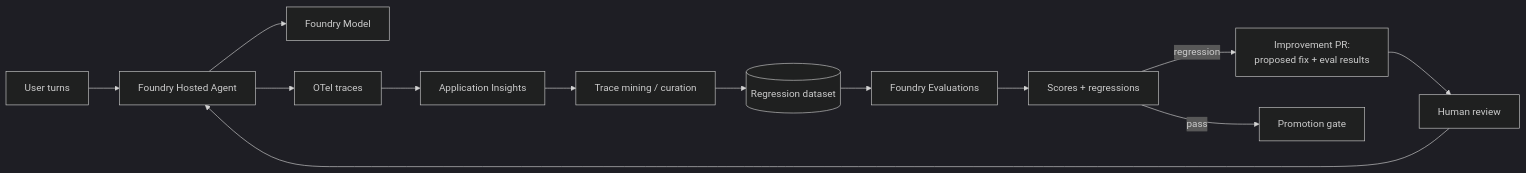
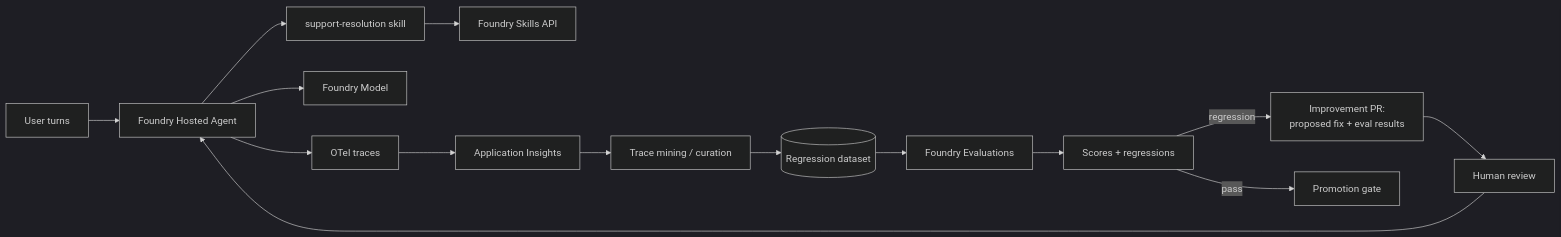
The diagram in playbooks/continuous-evaluation-loop/README.md (aiappsgbb/agentic-loop), drawn with Mermaid (dark theme) before and after one commit. The commit also changed other lines of this file and 5 other files, not shown here.

````diff
--- a/playbooks/continuous-evaluation-loop/README.md
+++ b/playbooks/continuous-evaluation-loop/README.md
@@ -27,15 +27,17 @@
 ```mermaid
 flowchart LR
   User[User turns] --> Agent[Foundry Hosted Agent]
+  Agent --> Skill[support-resolution skill]
+  Skill --> SkillsAPI[Foundry Skills API]
   Agent --> Model[Foundry Model]
   Agent --> Traces[OTel traces]
   Traces --> Insights[Application Insights]
   Insights --> Mine[Trace mining / curation]
   Mine --> Regset[(Regression dataset)]
   Regset --> Evals[Foundry Evaluations]
   Evals --> Scores[Scores + regressions]
   Scores -->|regression| PR[Improvement PR:<br/>proposed fix + eval results]
   Scores -->|pass| Gate[Promotion gate]
   PR --> Review[Human review]
   Review --> Agent
 ```
````
